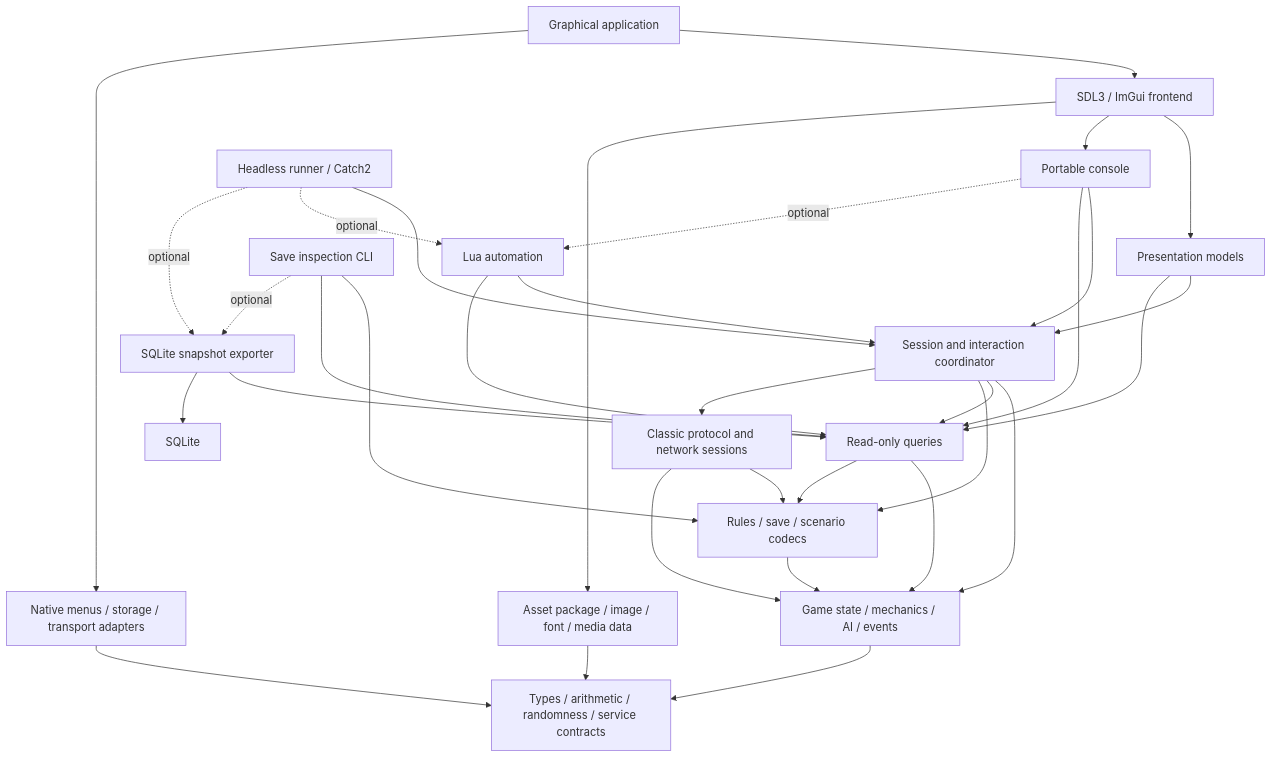
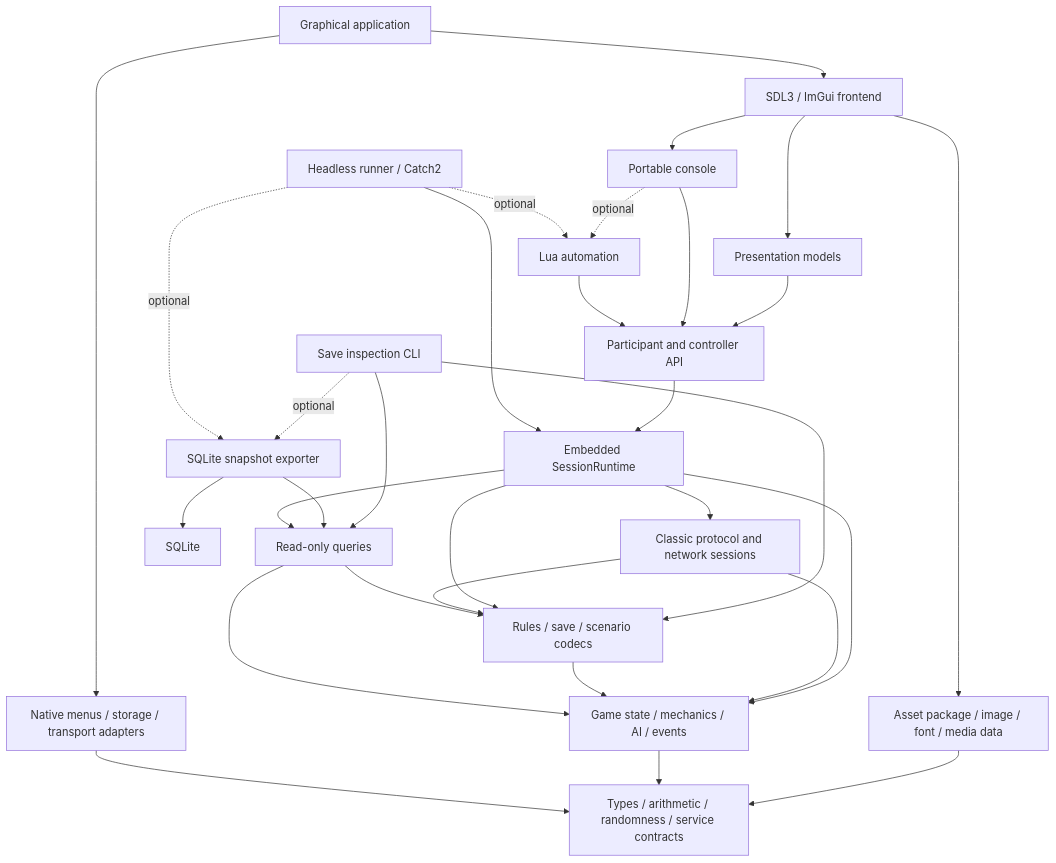
Before and after one commit to PeterJohnson/openciv2-cleanroom: the diagram in docs/architecture.md, drawn with Mermaid. The commit also changed other lines of this file and 2 other files, not shown here.

Commit message:
Define embedded session service and player controller architecture

````diff
--- a/docs/architecture.md
+++ b/docs/architecture.md
@@ -68,35 +70,33 @@
 ```mermaid
 flowchart TD
     app[Graphical application] --> frontend[SDL3 / ImGui frontend]
     app --> platform[Native menus / storage / transport adapters]
     frontend --> views[Presentation models]
-    views --> session[Session and interaction coordinator]
-    views --> query[Read-only queries]
+    views --> ports[Participant and controller API]
+    ports --> session[Embedded SessionRuntime]
     frontend --> console[Portable console]
-    console --> session
-    console --> query
+    console --> ports
     console -. optional .-> automation[Lua automation]
-    automation --> session
-    automation --> query
+    automation --> ports
     cli[Save inspection CLI] --> formats[Rules / save / scenario codecs]
     cli --> query
     cli -. optional .-> export[SQLite snapshot exporter]
     export --> query
     export --> sqlite[SQLite]
     runner[Headless runner / Catch2] --> session
     runner -. optional .-> automation
     runner -. optional .-> export
     session --> game[Game state / mechanics / AI / events]
-    session --> query
+    session --> query[Read-only queries]
     session --> formats
     session --> network[Classic protocol and network sessions]
     network --> formats
     network --> game
     formats --> game
     query --> game
     query --> formats
     frontend --> content[Asset package / image / font / media data]
     content --> base[Types / arithmetic / randomness / service contracts]
     game --> base
     platform --> base
 ```
````
